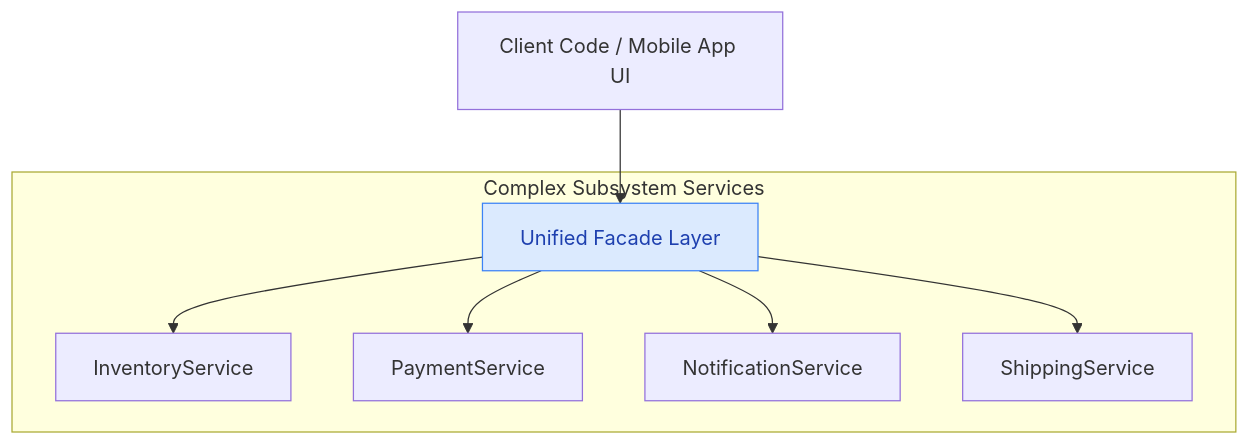
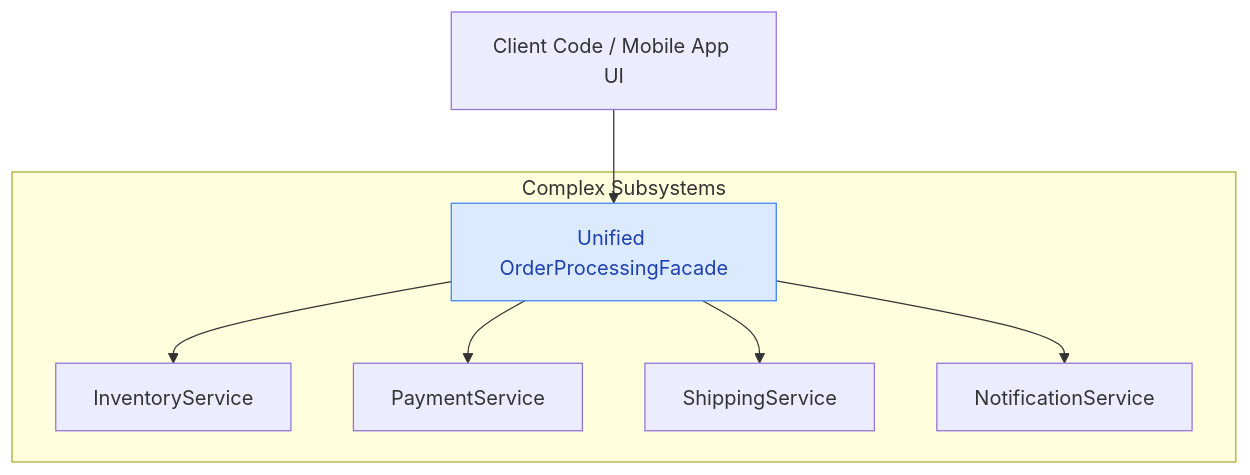
Before and after one commit to rohithgowda18/Notes: the first of 3 diagrams in 04-OOPs-and-Design-Patterns/03-Design-Patterns/17-Facade-Design-Pattern.md, drawn with Mermaid. The commit also changed other lines of this file and 30 other files, not shown here.

````diff
--- a/04-OOPs-and-Design-Patterns/03-Design-Patterns/17-Facade-Design-Pattern.md
+++ b/04-OOPs-and-Design-Patterns/03-Design-Patterns/17-Facade-Design-Pattern.md
@@ -19,13 +7,13 @@
 ```mermaid
 graph TD
-    Client[Client Code / Mobile App UI] --> Facade[Unified Facade Layer]
+    Client[Client Code / Mobile App UI] --> Facade[Unified OrderProcessingFacade]
 
-    subgraph "Complex Subsystem Services"
+    subgraph "Complex Subsystems"
         Facade --> S1[InventoryService]
         Facade --> S2[PaymentService]
-        Facade --> S3[NotificationService]
-        Facade --> S4[ShippingService]
+        Facade --> S3[ShippingService]
+        Facade --> S4[NotificationService]
     end
 
     style Facade fill:#dbeafe,stroke:#3b82f6,color:#1e40af
 ```
````
